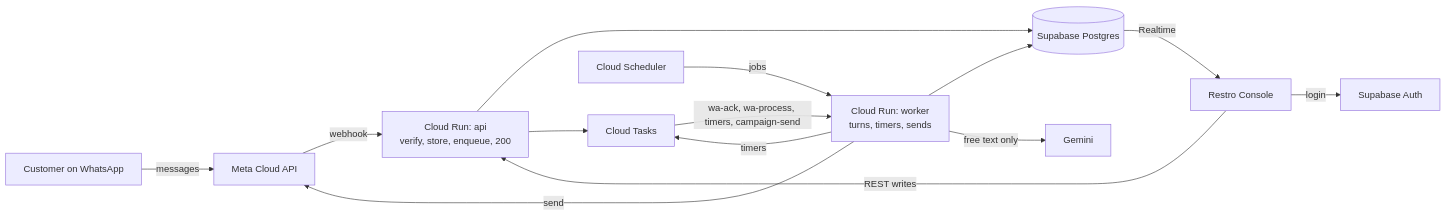
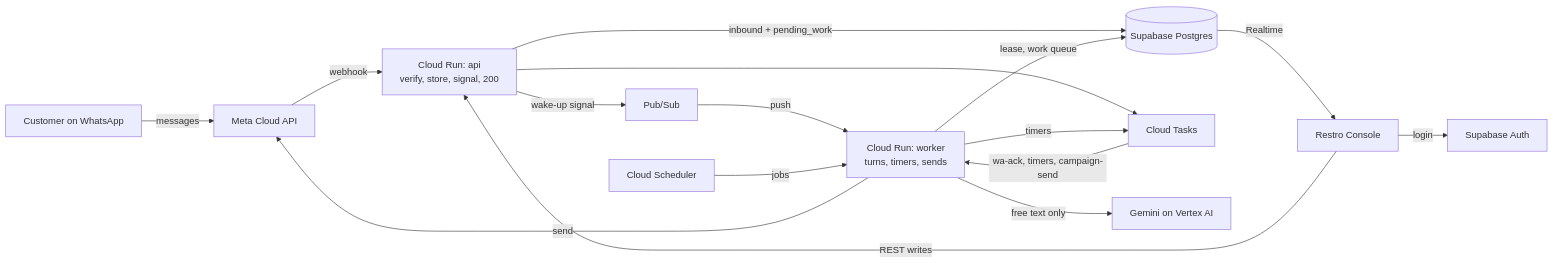
One commit to Trylo-AI/Restro-Agent changed the first of 2 diagrams in docs/architecture.md. Above: the diagram before and after it, drawn with Mermaid. The commit also changed other lines of this file and 11 other files, not shown here.

First line of the commit message:
Docs: work-queue design, ordering slice plan and checklist

````diff
--- a/docs/architecture.md
+++ b/docs/architecture.md
@@ -5,16 +5,18 @@
 ```mermaid
 flowchart LR
   C["Customer on WhatsApp"] -->|messages| META["Meta Cloud API"]
-  META -->|webhook| API["Cloud Run: api<br/>verify, store, enqueue, 200"]
-  API --> DB[("Supabase Postgres")]
+  META -->|webhook| API["Cloud Run: api<br/>verify, store, signal, 200"]
+  API -->|"inbound + pending_work"| DB[("Supabase Postgres")]
+  API -->|"wake-up signal"| PS["Pub/Sub"]
+  PS -->|push| WRK
   API --> Q["Cloud Tasks"]
   SCH["Cloud Scheduler"] -->|jobs| WRK
-  Q -->|"wa-ack, wa-process, timers, campaign-send"| WRK["Cloud Run: worker<br/>turns, timers, sends"]
-  WRK --> DB
-  WRK -->|free text only| LLM["Gemini"]
+  Q -->|"wa-ack, timers, campaign-send"| WRK["Cloud Run: worker<br/>turns, timers, sends"]
+  WRK -->|"lease, work queue"| DB
+  WRK -->|free text only| LLM["Gemini on Vertex AI"]
   WRK -->|send| META
   WRK -->|timers| Q
   DB -->|Realtime| CON["Restro Console"]
   CON -->|"REST writes"| API
   CON -->|login| AUTH["Supabase Auth"]
 ```
````
